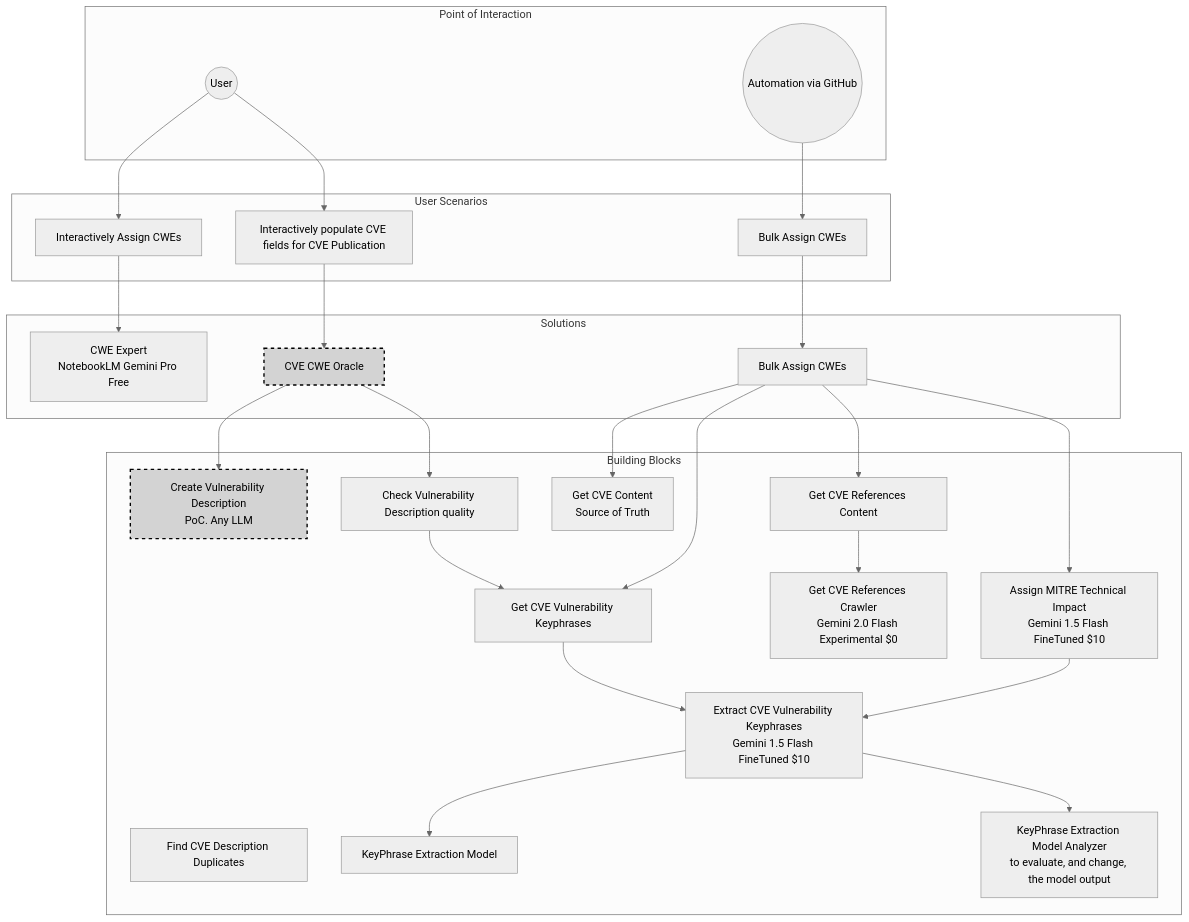
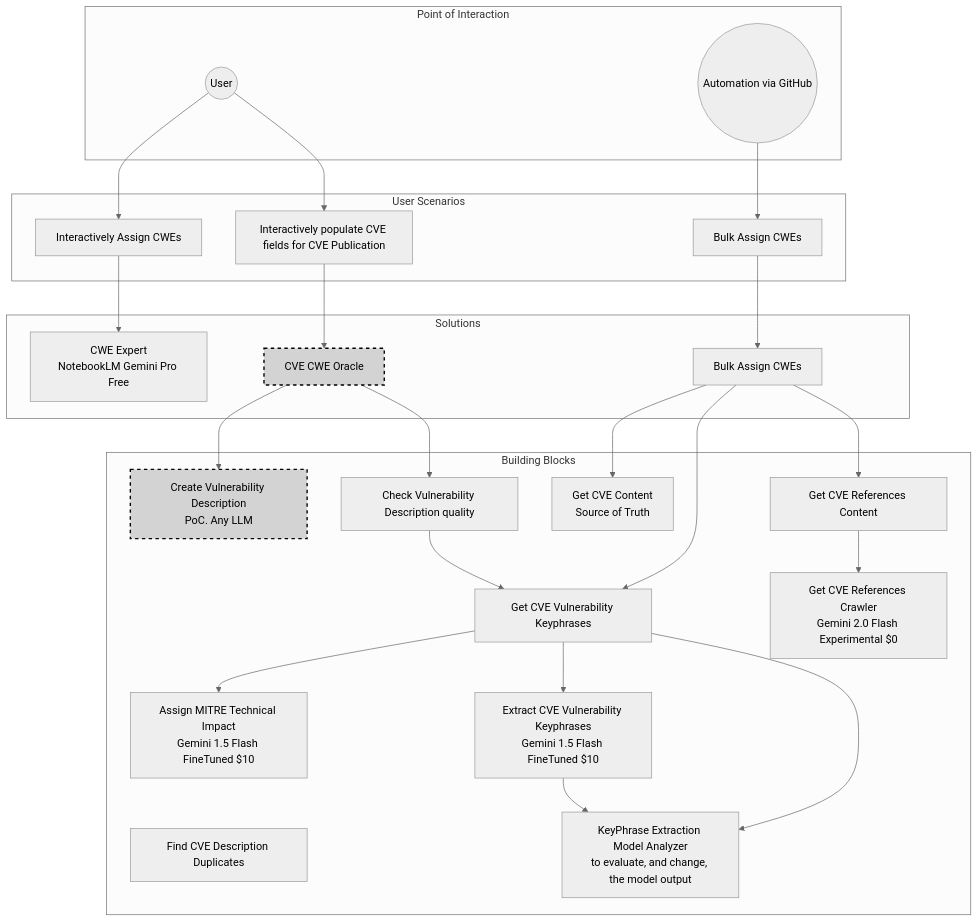
The first of 2 diagrams in profile/README.md (CyberSecAI/.github), drawn with Mermaid (neutral theme) before and after one commit.

`````diff
--- a/profile/README.md
+++ b/profile/README.md
@@ -4,4 +4,5 @@
 ```mermaid
+
 flowchart TB
     %% Diagram direction: top-to-bottom (TB)
 
@@ -36,7 +37,6 @@
         getReferencesCrawler[Get CVE References Crawler<br/>Gemini 2.0 Flash Experimental $0]
         createVulnDesc[Create Vulnerability Description<br/>PoC. Any LLM]
         checkQuality[Check Vulnerability Description quality]
-        KeyPhraseExtractionModel[KeyPhrase Extraction Model]
         KeyPhraseExtractionModelAnalyzer[KeyPhrase Extraction Model Analyzer<br>to evaluate, and change, the model output]
 
     end
@@ -58,11 +58,11 @@
     bulkAssignSolution --> getContent
     bulkAssignSolution --> getKeyphrases
     bulkAssignSolution --> getReferences
-    bulkAssignSolution --> assignImpact
-    assignImpact --> extractKeyphrases
+    
+    getKeyphrases --> assignImpact 
     getReferences --> getReferencesCrawler
     getKeyphrases --> extractKeyphrases
-    extractKeyphrases --> KeyPhraseExtractionModel
+    getKeyphrases --> KeyPhraseExtractionModelAnalyzer
     extractKeyphrases --> KeyPhraseExtractionModelAnalyzer
 
     %% Styling
@@ -73,8 +73,9 @@
     click cweInteractively "https://github.com/CyberSecAI#create-a-cwe-expert-interactively-assign-cwes" "Interactively Assign CWEs" _blank
     click vulnDesc "https://github.com/CyberSecAI#create-vulnerability-description-from-advisory-patch-and-other-existing-vulnerability-information" "Create Vulnerability Description" _blank
     click checkQuality "https://github.com/CyberSecAI/VulnerabilityDescriptionQualityChecker" "Check Vulnerability Description quality" _blank
-    click impact "https://example.com/impact-and-rootcause" "Understand Vulnerability Impact, Rootcause..." _blank
+    
     click bulkAssign "https://github.com/CyberSecAI#bulk-assign-cwes" "Bulk Assign CWEs" _blank
+    click assignImpact "https://github.com/CyberSecAI/Mitre_technical_impact_dataset" _blank
 
     click cweExpert "https://github.com/CyberSecAI/CWE-Expert" "CWE Expert Tool" _blank
     click createVulnDesc "https://github.com/CyberSecAI#create-vulnerability-description-from-advisory-patch-and-other-existing-vulnerability-information" "Vulnerability Description Tool" _blank
@@ -83,10 +84,12 @@
 
     click getContent "https://github.com/CyberSecAI/cve_source_of_truth" "Get CVE Content" _blank
     click findDuplicates "https://github.com/CyberSecAI/cve_dedup" "Find CVE Duplicates" _blank
-    click extractKeyphrases "https://github.com/CyberSecAI/cve_info" "Extract Keyphrases Tool" _blank
-    %% click assignImpact "https://example.com/assign-impact" "Assign MITRE Technical Impact Tool" _blank
+    click getKeyphrases "https://github.com/CyberSecAI/cve_info" "Get Keyphrases" _blank
+    
+
     click getReferences "https://github.com/CyberSecAI/cve_info_refs" "Get CVE References" _blank
     click getReferencesCrawler "https://github.com/CyberSecAI/cve_info_refs_crawler" "Get CVE References" _blank
-    click KeyPhraseExtractionModel "https://github.com/CyberSecAI/KeyPhraseExtractionModel" "KeyPhrase Extraction Model" _blank
+    click extractKeyphrases "https://github.com/CyberSecAI/KeyPhraseExtractionModel" "KeyPhrase Extraction Model" _blank
     click KeyPhraseExtractionModelAnalyzer "https://github.com/CyberSecAI/keyphrase_analyzer" "KeyPhrase Extraction Model" _blank
+
 ````
`````
